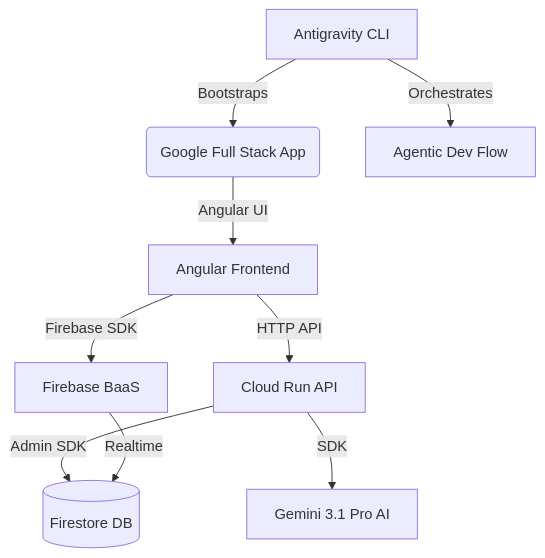
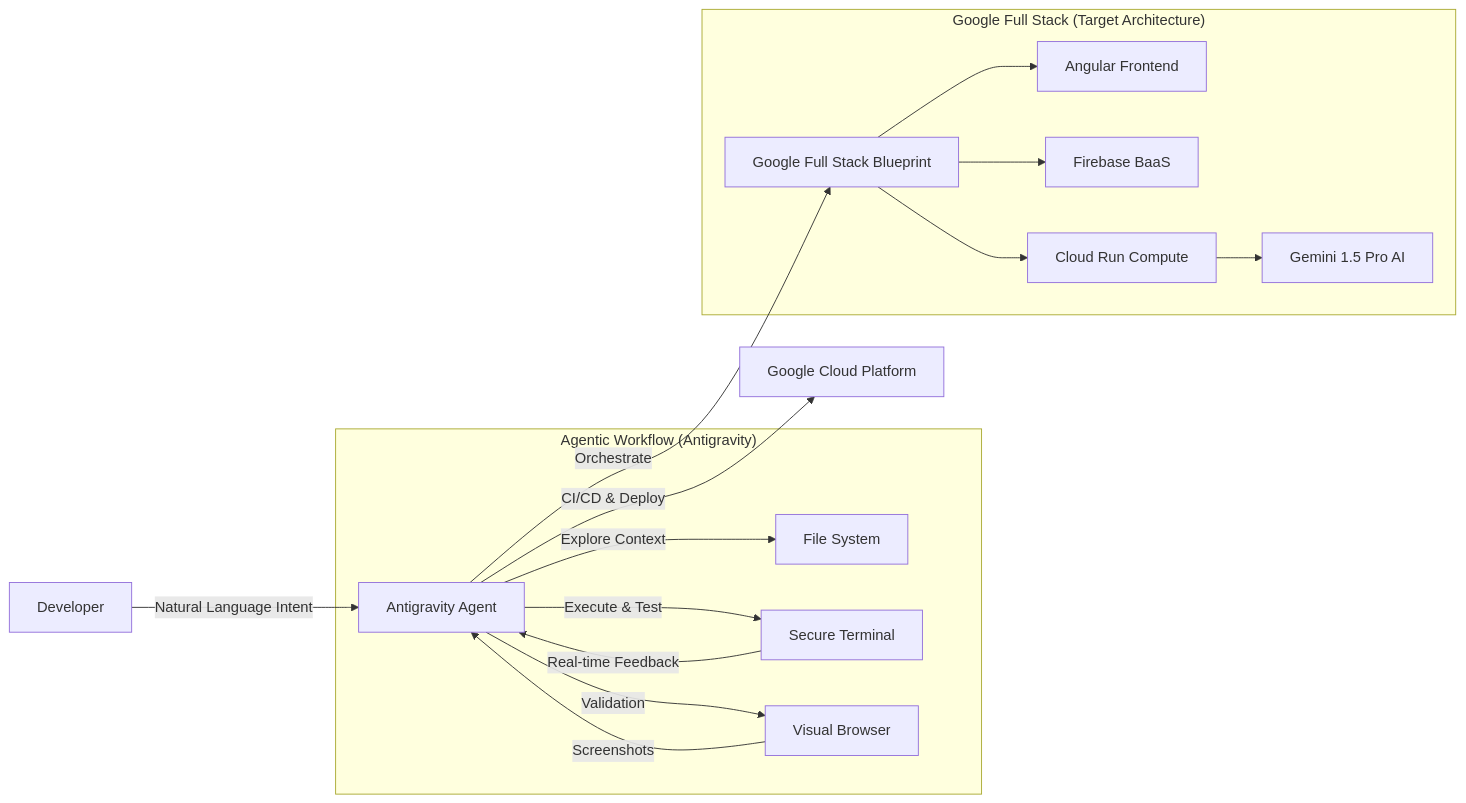
Before and after one commit to nicholasdudek/GoogleFullStack: the diagram in README.md, drawn with Mermaid.

Commit message:
Update architecture flow chart to highlight detailed Agentic Workflow.

````diff
--- a/README.md
+++ b/README.md
@@ -23,11 +23,23 @@
 ```mermaid
-graph TD
-    AG[Antigravity CLI] -->|Bootstraps| App(Google Full Stack App)
-    AG -->|Orchestrates| DevFlow[Agentic Dev Flow]
-    App -->|Angular UI| Frontend[Angular Frontend]
-    Frontend -->|Firebase SDK| Firebase[Firebase BaaS]
-    Frontend -->|HTTP API| CloudRun[Cloud Run API]
-    CloudRun -->|SDK| Gemini[Gemini 3.1 Pro AI]
-    CloudRun -->|Admin SDK| Firestore[(Firestore DB)]
-    Firebase -->|Realtime| Firestore
+graph LR
+    User[Developer] -- "Natural Language Intent" --> AG[Antigravity Agent]
+    
+    subgraph "Agentic Workflow (Antigravity)"
+    AG -- "Explore Context" --> FS[File System]
+    AG -- "Execute & Test" --> Terminal[Secure Terminal]
+    AG -- "Validation" --> Browser[Visual Browser]
+    Browser -- "Screenshots" --> AG
+    Terminal -- "Real-time Feedback" --> AG
+    end
+    
+    AG -- "Orchestrate" --> GFS[Google Full Stack Blueprint]
+    
+    subgraph "Google Full Stack (Target Architecture)"
+    GFS --> Angular[Angular Frontend]
+    GFS --> Firebase[Firebase BaaS]
+    GFS --> CloudRun[Cloud Run Compute]
+    CloudRun --> Gemini[Gemini 1.5 Pro AI]
+    end
+    
+    AG -- "CI/CD & Deploy" --> GCP[Google Cloud Platform]
 ```
````
